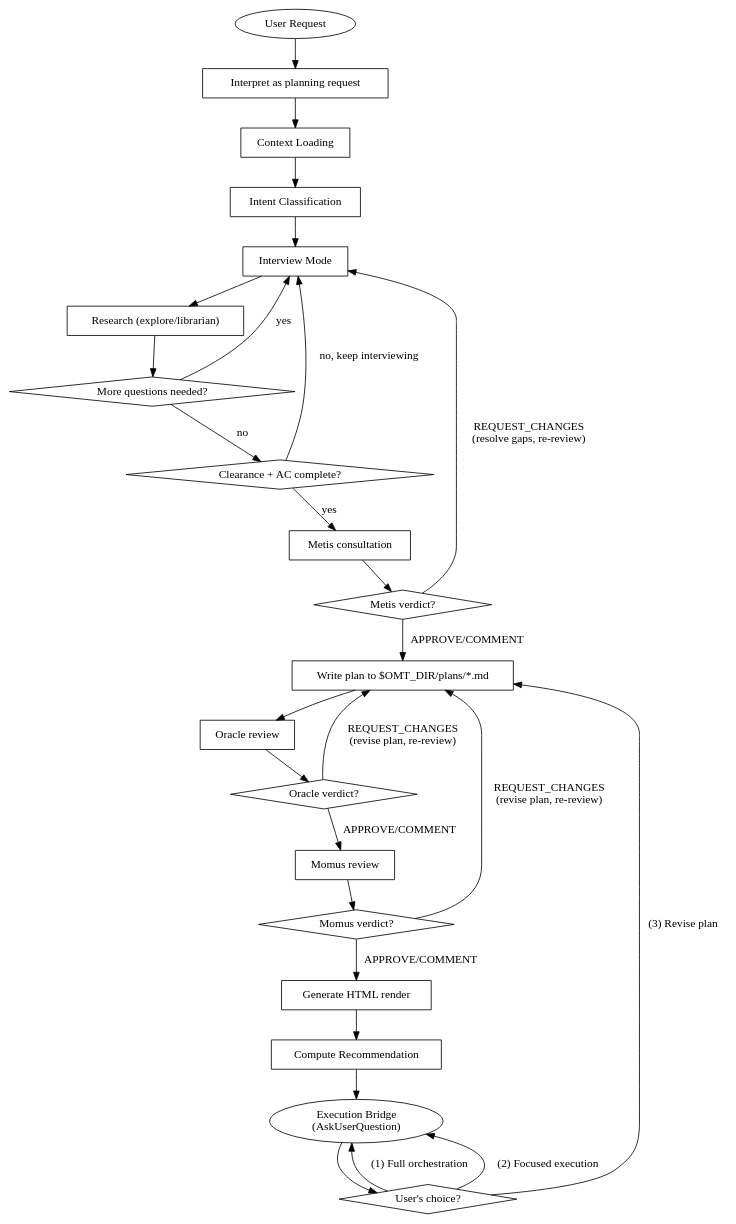
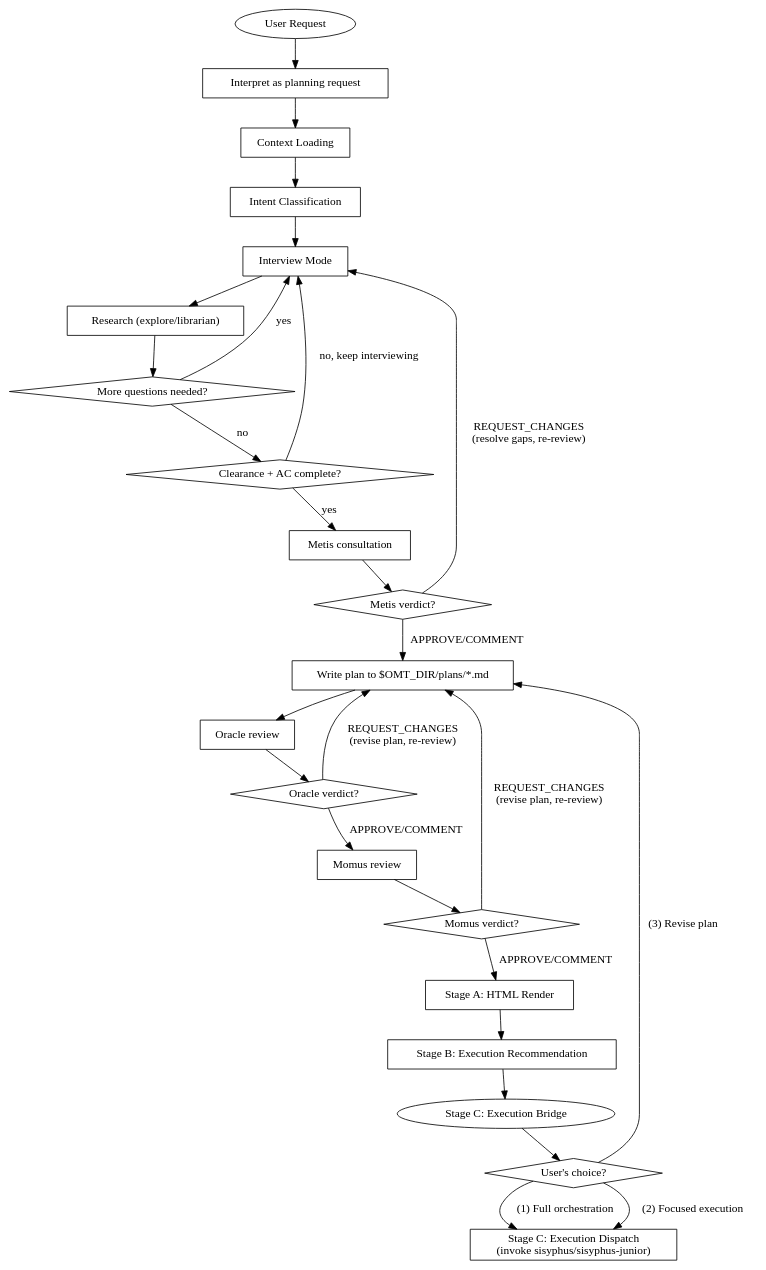
One commit to toongri/oh-my-toong-playground changed the diagram in skills/prometheus/SKILL.md. Above: the diagram before and after it, drawn with Graphviz. The commit also changed other lines of this file and 1 other file, not shown here.

Commit message:
fix(prometheus): 플로우차트 self-loop 해소·platform 툴명 제거

````diff
--- a/skills/prometheus/SKILL.md
+++ b/skills/prometheus/SKILL.md
@@ -51,51 +51,52 @@
 ```dot
 digraph prometheus_flow {
     rankdir=TB;
     "User Request" [shape=ellipse];
     "Interpret as planning request" [shape=box];
     "Context Loading" [shape=box];
     "Intent Classification" [shape=box];
     "Interview Mode" [shape=box];
     "Research (explore/librarian)" [shape=box];
     "More questions needed?" [shape=diamond];
     "Clearance + AC complete?" [shape=diamond];
     "Metis consultation" [shape=box];
     "Metis verdict?" [shape=diamond];
     "Write plan to $OMT_DIR/plans/*.md" [shape=box];
     "Oracle review" [shape=box];
     "Oracle verdict?" [shape=diamond];
     "Momus review" [shape=box];
     "Momus verdict?" [shape=diamond];
-    "Generate HTML render" [shape=box];
-    "Compute Recommendation" [shape=box];
-    "Execution Bridge\n(AskUserQuestion)" [shape=ellipse];
+    "Stage A: HTML Render" [shape=box];
+    "Stage B: Execution Recommendation" [shape=box];
+    "Stage C: Execution Bridge" [shape=ellipse];
     "User's choice?" [shape=diamond];
+    "Stage C: Execution Dispatch\n(invoke sisyphus/sisyphus-junior)" [shape=box];
 
     "User Request" -> "Interpret as planning request";
     "Interpret as planning request" -> "Context Loading";
     "Context Loading" -> "Intent Classification";
     "Intent Classification" -> "Interview Mode";
     "Interview Mode" -> "Research (explore/librarian)";
     "Research (explore/librarian)" -> "More questions needed?";
     "More questions needed?" -> "Interview Mode" [label="yes"];
     "More questions needed?" -> "Clearance + AC complete?" [label="no"];
     "Clearance + AC complete?" -> "Interview Mode" [label="no, keep interviewing"];
     "Clearance + AC complete?" -> "Metis consultation" [label="yes"];
     "Metis consultation" -> "Metis verdict?";
     "Metis verdict?" -> "Interview Mode" [label="REQUEST_CHANGES\n(resolve gaps, re-review)"];
     "Metis verdict?" -> "Write plan to $OMT_DIR/plans/*.md" [label="APPROVE/COMMENT"];
     "Write plan to $OMT_DIR/plans/*.md" -> "Oracle review";
     "Oracle review" -> "Oracle verdict?";
     "Oracle verdict?" -> "Write plan to $OMT_DIR/plans/*.md" [label="REQUEST_CHANGES\n(revise plan, re-review)"];
     "Oracle verdict?" -> "Momus review" [label="APPROVE/COMMENT"];
     "Momus review" -> "Momus verdict?";
     "Momus verdict?" -> "Write plan to $OMT_DIR/plans/*.md" [label="REQUEST_CHANGES\n(revise plan, re-review)"];
-    "Momus verdict?" -> "Generate HTML render" [label="APPROVE/COMMENT"];
-    "Generate HTML render" -> "Compute Recommendation";
-    "Compute Recommendation" -> "Execution Bridge\n(AskUserQuestion)";
-    "Execution Bridge\n(AskUserQuestion)" -> "User's choice?";
-    "User's choice?" -> "Execution Bridge\n(AskUserQuestion)" [label="(1) Full orchestration"];
-    "User's choice?" -> "Execution Bridge\n(AskUserQuestion)" [label="(2) Focused execution"];
+    "Momus verdict?" -> "Stage A: HTML Render" [label="APPROVE/COMMENT"];
+    "Stage A: HTML Render" -> "Stage B: Execution Recommendation";
+    "Stage B: Execution Recommendation" -> "Stage C: Execution Bridge";
+    "Stage C: Execution Bridge" -> "User's choice?";
+    "User's choice?" -> "Stage C: Execution Dispatch\n(invoke sisyphus/sisyphus-junior)" [label="(1) Full orchestration"];
+    "User's choice?" -> "Stage C: Execution Dispatch\n(invoke sisyphus/sisyphus-junior)" [label="(2) Focused execution"];
     "User's choice?" -> "Write plan to $OMT_DIR/plans/*.md" [label="(3) Revise plan"];
 }
 ```
````
